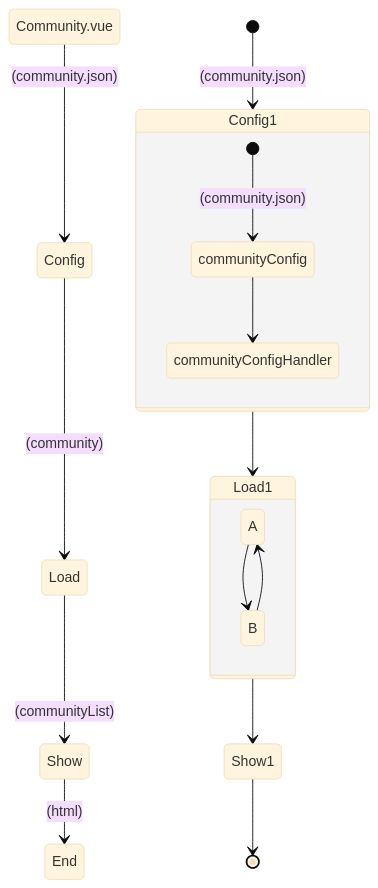
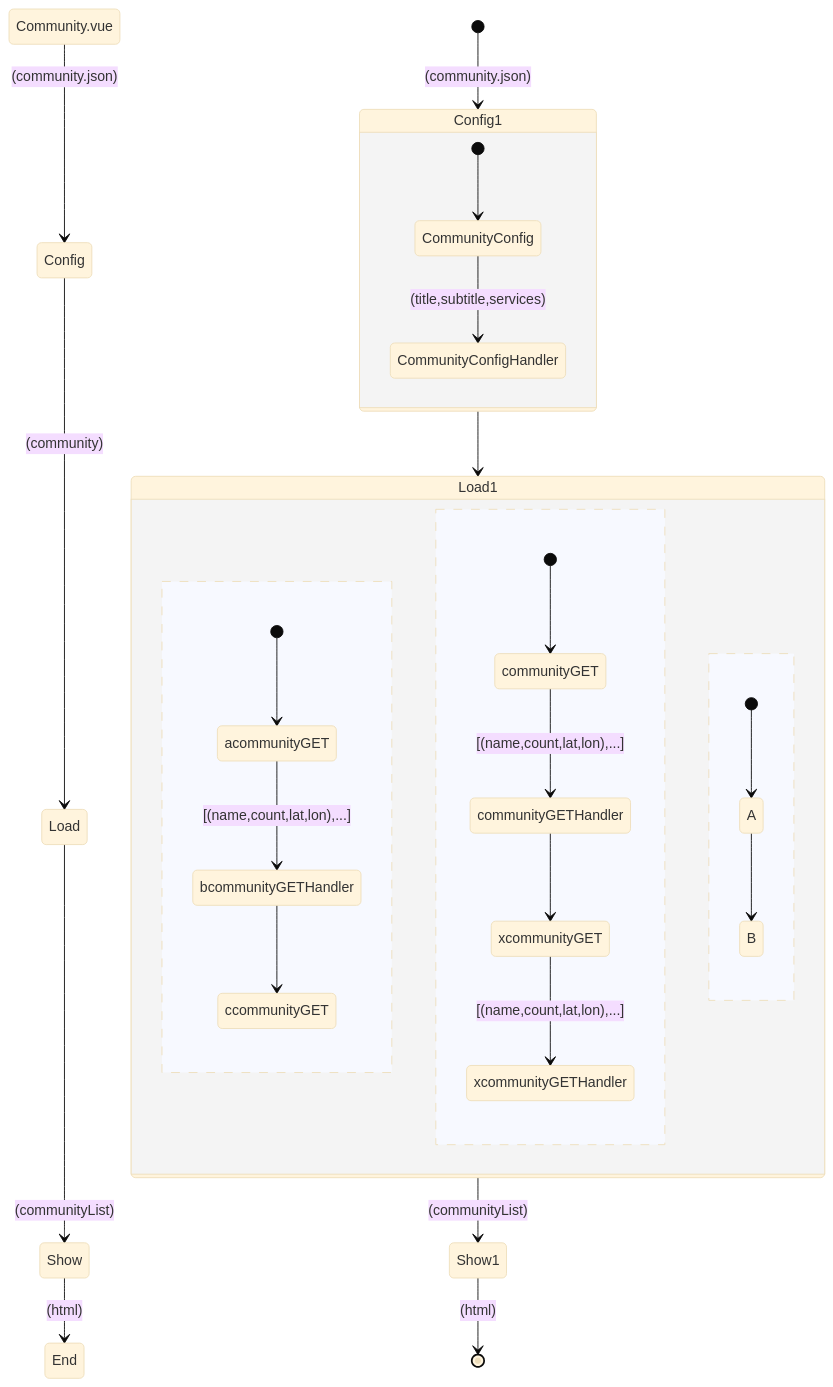
The second of 4 diagrams in README.md (Wilfongjt/lb-A), drawn with Mermaid before and after one commit. The commit also changed other lines of this file, not shown here.

````diff
--- a/README.md
+++ b/README.md
@@ -5,26 +34,37 @@
 ```mermaid
 %%{init: {'securityLevel': 'loose', 'theme':'base'}}%%
       stateDiagram
-      
+
         Community.vue --> Config : (community.json)
         Config --> Load : (community)
         Load --> Show : (communityList)
         Show --> End : (html)
         
+        
         state Config1 {
-            [*] --> communityConfig : (community.json)
-            communityConfig --> communityConfigHandler
-            
+            [*] --> CommunityConfig
+            CommunityConfig --> CommunityConfigHandler : (title,subtitle,services)
         }
         
         state Load1 {
+          [*] --> acommunityGET
+          acommunityGET --> bcommunityGETHandler : [(name,count,lat,lon),...]
+          bcommunityGETHandler --> ccommunityGET
+          --
+          [*] --> communityGET
+          communityGET --> communityGETHandler : [(name,count,lat,lon),...]
+          communityGETHandler --> xcommunityGET
+          xcommunityGET --> xcommunityGETHandler : [(name,count,lat,lon),...]
+          xcommunityGETHandler
+          --
+          [*] --> A
           A --> B
-          B --> A
+
         }
         
         [*] --> Config1  : (community.json)
         Config1 --> Load1
-        Load1 --> Show1
-        Show1 --> [*]
+        Load1 --> Show1 : (communityList)
+        Show1 --> [*] : (html)
         
 ```
````
